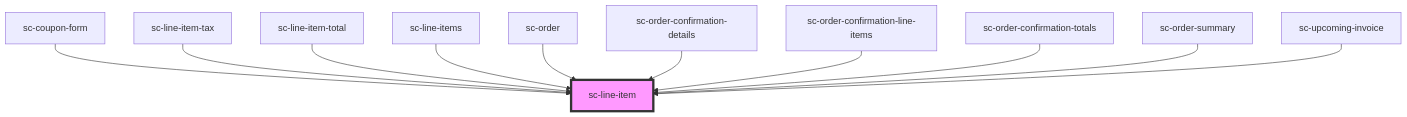
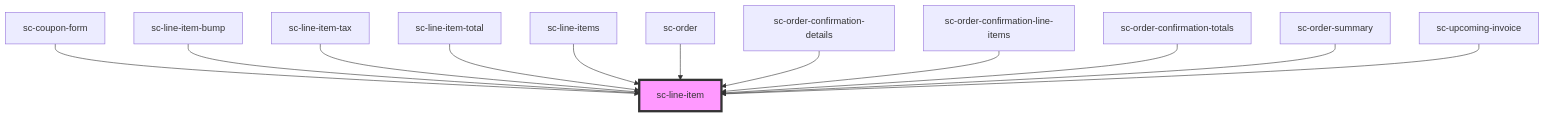
One commit to surecart/surecart-wp-plugin changed the diagram in packages/components/src/components/ui/line-item/readme.md. Above: the diagram before and after it, drawn with Mermaid. The commit also changed other lines of this file and 50 other files, not shown here.

````diff
--- a/packages/components/src/components/ui/line-item/readme.md
+++ b/packages/components/src/components/ui/line-item/readme.md
@@ -54,14 +55,15 @@
 ```mermaid
 graph TD;
   sc-coupon-form --> sc-line-item
+  sc-line-item-bump --> sc-line-item
   sc-line-item-tax --> sc-line-item
   sc-line-item-total --> sc-line-item
   sc-line-items --> sc-line-item
   sc-order --> sc-line-item
   sc-order-confirmation-details --> sc-line-item
   sc-order-confirmation-line-items --> sc-line-item
   sc-order-confirmation-totals --> sc-line-item
   sc-order-summary --> sc-line-item
   sc-upcoming-invoice --> sc-line-item
   style sc-line-item fill:#f9f,stroke:#333,stroke-width:4px
 ```
````
